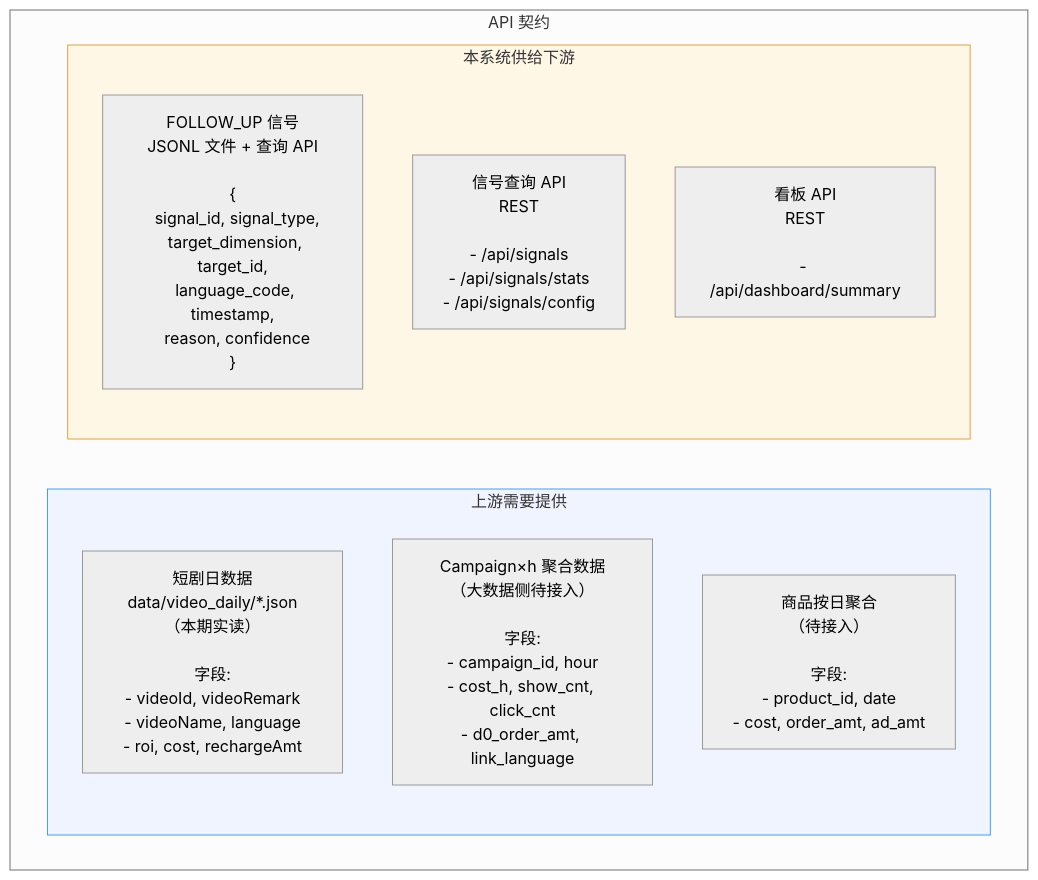
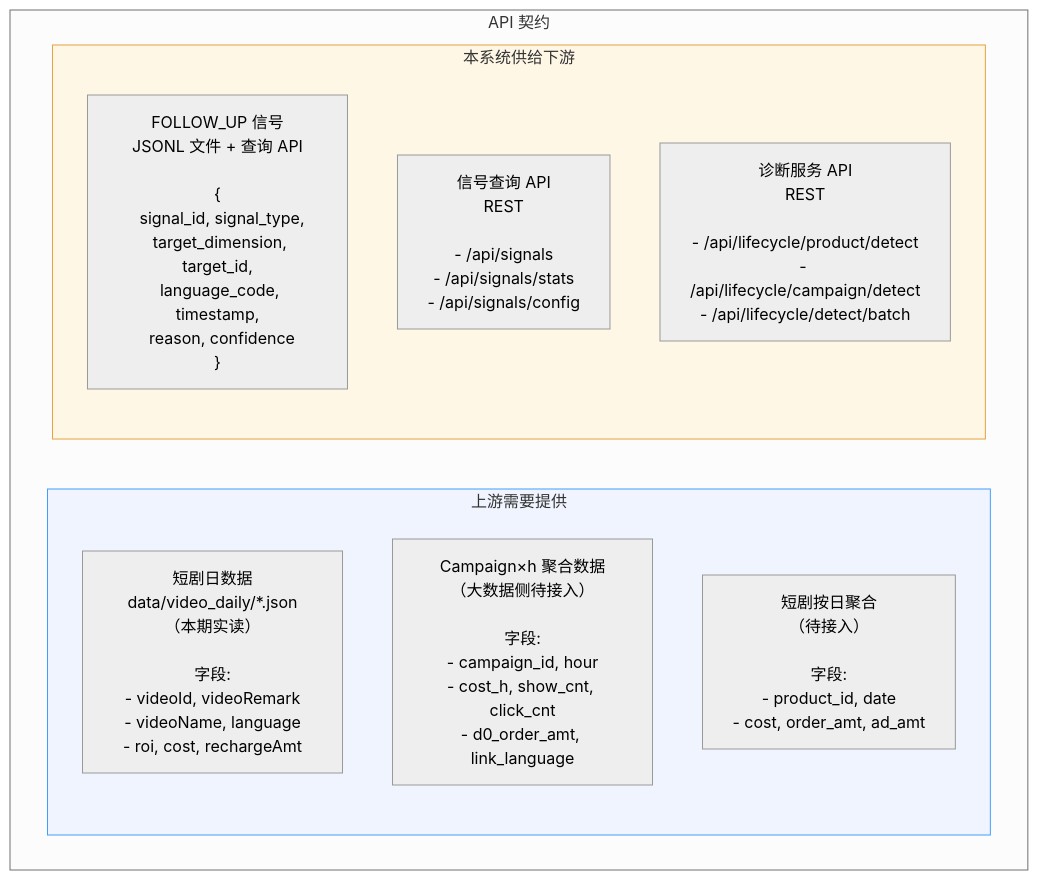
One commit to gar-su/smart_ad_put changed the third of 3 diagrams in docs/architecture.md. Above: the diagram before and after it, drawn with Mermaid (neutral theme). The commit also changed other lines of this file and 64 other files, not shown here.

````diff
--- a/docs/architecture.md
+++ b/docs/architecture.md
@@ -108,22 +110,22 @@
 ```mermaid
 graph TB
     %% ===== 供给契约 =====
 
     subgraph api_surface["API 契约"]
 
         subgraph upstream_api["上游需要提供"]
             u1["短剧日数据<br/>data/video_daily/*.json（本期实读）<br/><br/>字段:<br/>- videoId, videoRemark<br/>- videoName, language<br/>- roi, cost, rechargeAmt"]
             u2["Campaign×h 聚合数据<br/>（大数据侧待接入）<br/><br/>字段:<br/>- campaign_id, hour<br/>- cost_h, show_cnt, click_cnt<br/>- d0_order_amt, link_language"]
-            u3["商品按日聚合<br/>（待接入）<br/><br/>字段:<br/>- product_id, date<br/>- cost, order_amt, ad_amt"]
+            u3["短剧按日聚合<br/>（待接入）<br/><br/>字段:<br/>- product_id, date<br/>- cost, order_amt, ad_amt"]
         end
 
         subgraph downstream_api["本系统供给下游"]
             d1["FOLLOW_UP 信号<br/>JSONL 文件 + 查询 API<br/><br/>{<br/>  signal_id, signal_type,<br/>  target_dimension, target_id,<br/>  language_code, timestamp,<br/>  reason, confidence<br/>}"]
             d2["信号查询 API<br/>REST<br/><br/>- /api/signals<br/>- /api/signals/stats<br/>- /api/signals/config"]
-            d3["看板 API<br/>REST<br/><br/>- /api/dashboard/summary"]
+            d3["诊断服务 API<br/>REST<br/><br/>- /api/lifecycle/product/detect<br/>- /api/lifecycle/campaign/detect<br/>- /api/lifecycle/detect/batch"]
         end
     end
 
     style upstream_api fill:#f0f4ff,stroke:#409eff
     style downstream_api fill:#fff7e6,stroke:#e6a23c
 ```
````
